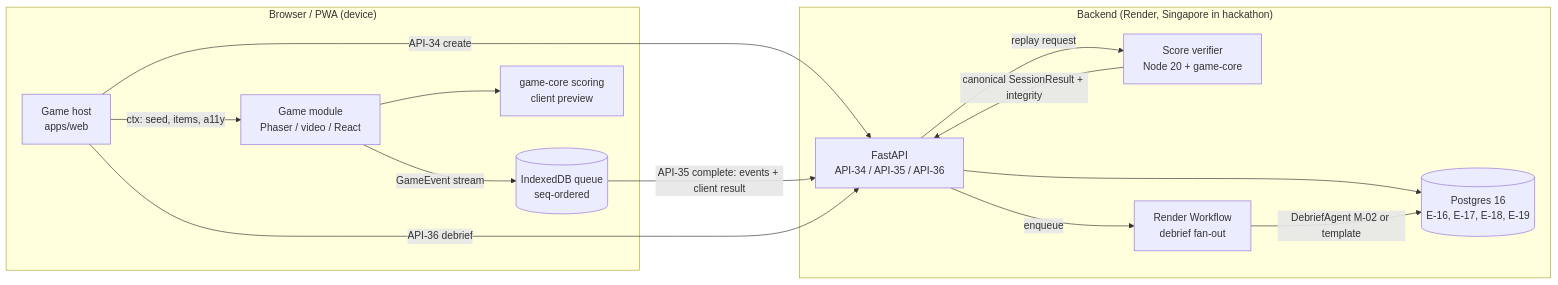
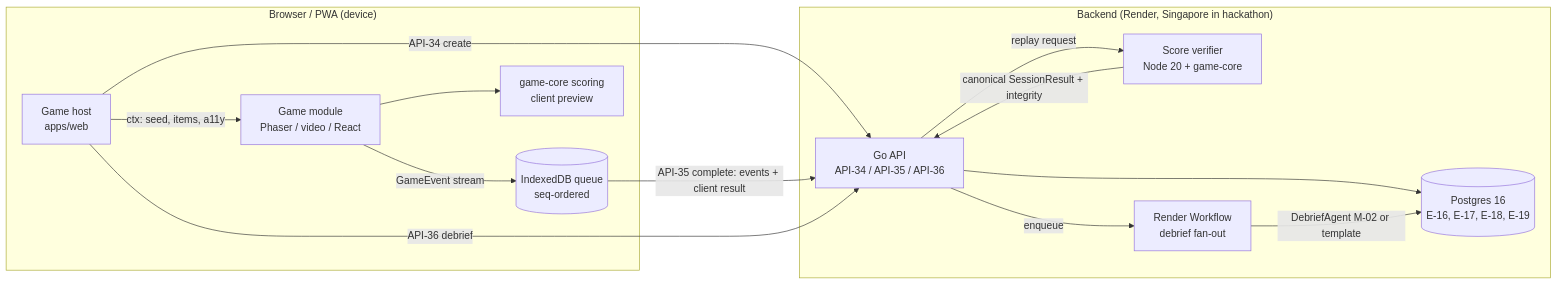
Before and after one commit to sruj08/margadarshak: the first of 4 diagrams in docs/09-learning-games/GAME_SDK.md, drawn with Mermaid. The commit also changed other lines of this file and 1326 other files, not shown here.

````diff
--- a/docs/09-learning-games/GAME_SDK.md
+++ b/docs/09-learning-games/GAME_SDK.md
@@ -20,22 +20,22 @@
 ```mermaid
 flowchart LR
   subgraph Device["Browser / PWA (device)"]
     H[Game host<br/>apps/web] -->|ctx: seed, items, a11y| G[Game module<br/>Phaser / video / React]
     G -->|GameEvent stream| Q[(IndexedDB queue<br/>seq-ordered)]
     G --> CS[game-core scoring<br/>client preview]
   end
   subgraph Server["Backend (Render, Singapore in hackathon)"]
-    A[FastAPI<br/>API-34 / API-35 / API-36]
+    A[Go API<br/>API-34 / API-35 / API-36]
     V[Score verifier<br/>Node 20 + game-core]
     DB[(Postgres 16<br/>E-16, E-17, E-18, E-19)]
     WF[Render Workflow<br/>debrief fan-out]
   end
   H -->|API-34 create| A
   Q -->|API-35 complete: events + client result| A
   A -->|replay request| V
   V -->|canonical SessionResult + integrity| A
   A --> DB
   A -->|enqueue| WF
   WF -->|DebriefAgent M-02 or template| DB
   H -->|API-36 debrief| A
 ```
````
